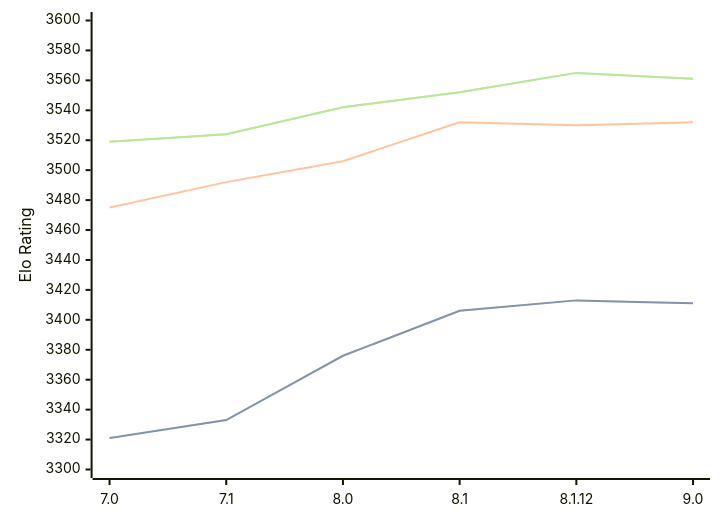
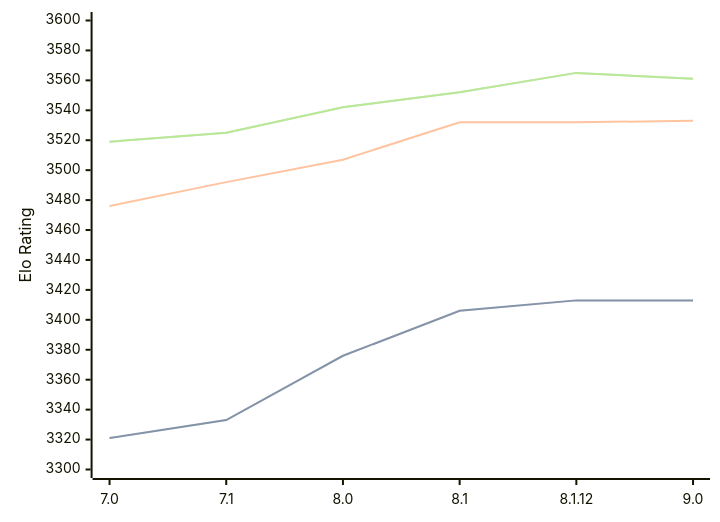
Before and after one commit to computer-chess-index/cci: the third of 3 diagrams in engines/Alexandria.md, drawn with Mermaid. The commit also changed other lines of this file, not shown here.

Commit message:
Update CCI Ratings (ELO VLTC) - 2026-07-18

````diff
--- a/engines/Alexandria.md
+++ b/engines/Alexandria.md
@@ -88,11 +88,11 @@
 ```mermaid
 %%{init: {"theme":"base","themeVariables":{"seriesColors:['#a3a3a3','#222221','#faa371']}}}%%
 xychart-beta
   x-axis ["7.0", "7.1", "8.0", "8.1", "8.1.12", "9.0"]
   y-axis "Elo Rating" 3300 --> 3600
-  line "STC (8.0+0.08s)" [3321, 3333, 3376, 3406, 3413, 3411]
-  line "STC (8.0+0.08s)" [3321, 3333, 3376, 3406, 3413, 3411]
-  line "LTC (60.0+0.60s)" [3475, 3492, 3506, 3532, 3530, 3532]
-  line "VLTC (2m24s+1.12s)" [3519, 3524, 3542, 3552, 3565, 3561]
-  line "VLTC (2m24s+1.12s)" [3519, 3524, 3542, 3552, 3565, 3561]
+  line "STC (8.0+0.08s)" [3321, 3333, 3376, 3406, 3413, 3413]
+  line "STC (8.0+0.08s)" [3321, 3333, 3376, 3406, 3413, 3413]
+  line "LTC (60.0+0.60s)" [3476, 3492, 3507, 3532, 3532, 3533]
+  line "VLTC (2m24s+1.12s)" [3519, 3525, 3542, 3552, 3565, 3561]
+  line "VLTC (2m24s+1.12s)" [3519, 3525, 3542, 3552, 3565, 3561]
 ```
````
